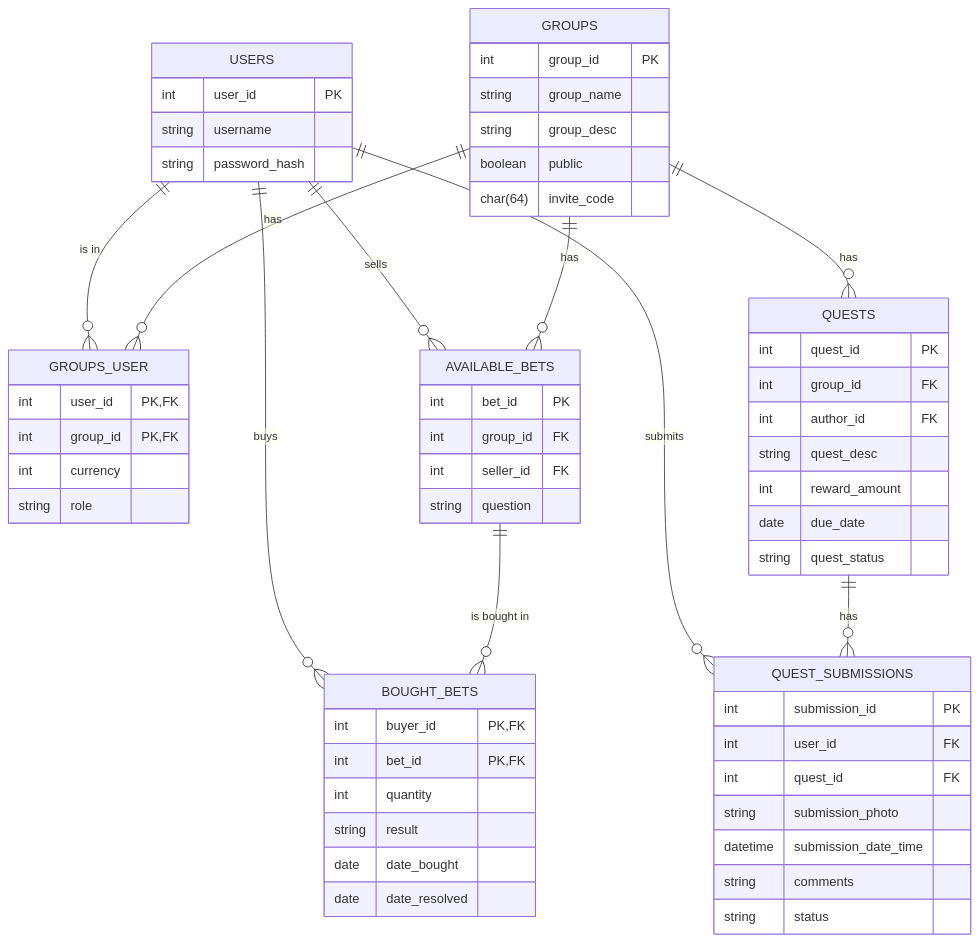
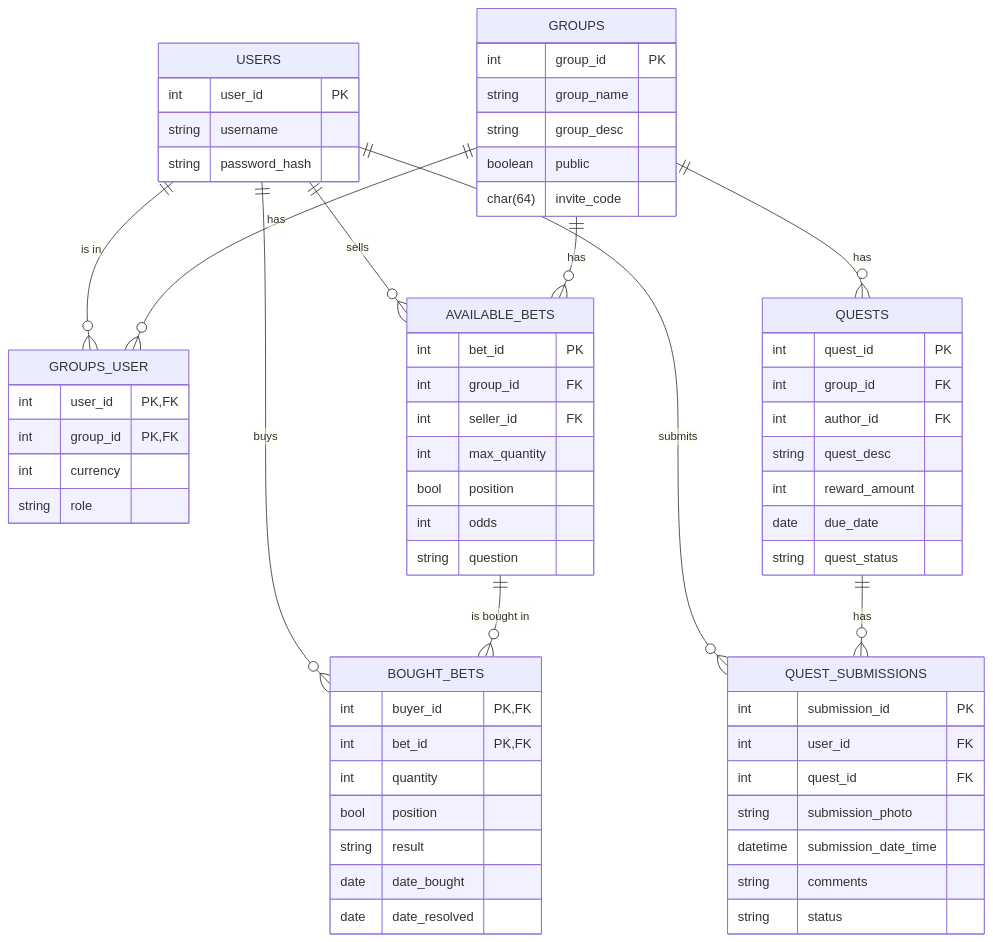
The diagram in docs/erd.md (jdolak/sidequest), drawn with Mermaid before and after one commit.

````diff
--- a/docs/erd.md
+++ b/docs/erd.md
@@ -1,70 +1,74 @@
 ```mermaid
 erDiagram
     USERS {
         int user_id PK
         string username
         string password_hash
     }
 
     GROUPS {
         int group_id PK
         string group_name
         string group_desc
         boolean public
         char(64) invite_code
     }
 
     GROUPS_USER {
         int user_id PK,FK
         int group_id PK,FK
         int currency
         string role
     }
 
     AVAILABLE_BETS {
         int bet_id PK
         int group_id FK
         int seller_id FK
+        int max_quantity
+        bool position
+        int odds
         string question
     }
 
     BOUGHT_BETS {
         int buyer_id PK,FK
         int bet_id PK,FK
         int quantity
+        bool position
         string result
         date date_bought
         date date_resolved
     }
 
     QUESTS {
         int quest_id PK
         int group_id FK
         int author_id FK
         string quest_desc
         int reward_amount
         date due_date
         string quest_status
     }
 
     QUEST_SUBMISSIONS {
         int submission_id PK
         int user_id FK
         int quest_id FK
         string submission_photo
         datetime submission_date_time
         string comments
         string status
     }
 
     USERS ||--o{ GROUPS_USER : "is in"
     GROUPS ||--o{ GROUPS_USER : "has"
     USERS ||--o{ AVAILABLE_BETS : "sells"
     GROUPS ||--o{ AVAILABLE_BETS : "has"
     USERS ||--o{ BOUGHT_BETS : "buys"
     AVAILABLE_BETS ||--o{ BOUGHT_BETS : "is bought in"
     GROUPS ||--o{ QUESTS : "has"
     USERS ||--o{ QUEST_SUBMISSIONS : "submits"
     QUESTS ||--o{ QUEST_SUBMISSIONS : "has"
 
 ```
````
